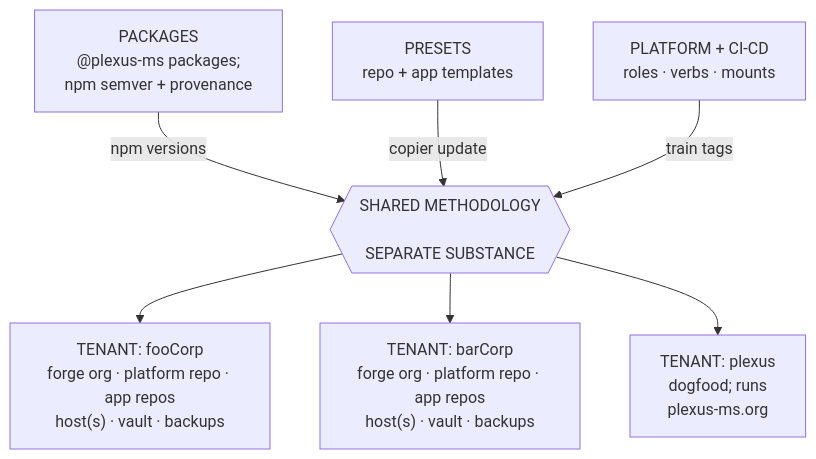
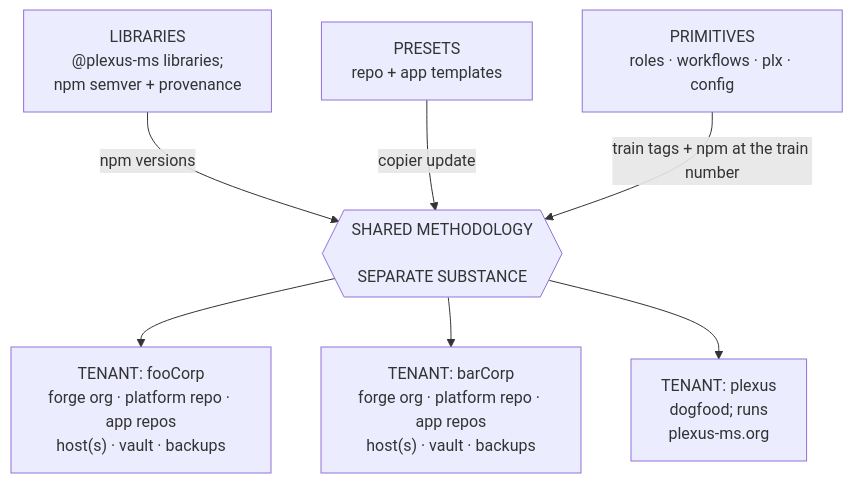
Before and after one commit to plexus-ms/compendium: the diagram in essentials/standard.md, drawn with Mermaid. The commit also changed other lines of this file and 7 other files, not shown here.

First line of the commit message:
The consolidated layout: primitives, libraries, one writer per pin

````diff
--- a/essentials/standard.md
+++ b/essentials/standard.md
@@ -195,13 +196,13 @@
 ```mermaid
 flowchart TB
-  packages["PACKAGES<br>@plexus-ms packages;<br>npm semver + provenance"]
+  packages["LIBRARIES<br>@plexus-ms libraries;<br>npm semver + provenance"]
   preset["PRESETS<br>repo + app templates"]
-  ops["PLATFORM + CI-CD<br>roles · verbs · mounts"]
+  ops["PRIMITIVES<br>roles · workflows · plx · config"]
   boundary{{"SHARED METHODOLOGY<br><br>SEPARATE SUBSTANCE"}}
   packages -- "npm versions" --> boundary
   preset -- "copier update" --> boundary
-  ops -- "train tags" --> boundary
+  ops -- "train tags + npm at the train number" --> boundary
   boundary --> acme["TENANT: fooCorp<br>forge org · platform repo · app repos<br>host(s) · vault · backups"]
   boundary --> initech["TENANT: barCorp<br>forge org · platform repo · app repos<br>host(s) · vault · backups"]
   boundary --> plexus["TENANT: plexus<br>dogfood; runs<br>plexus-ms.org"]
 ```
````
